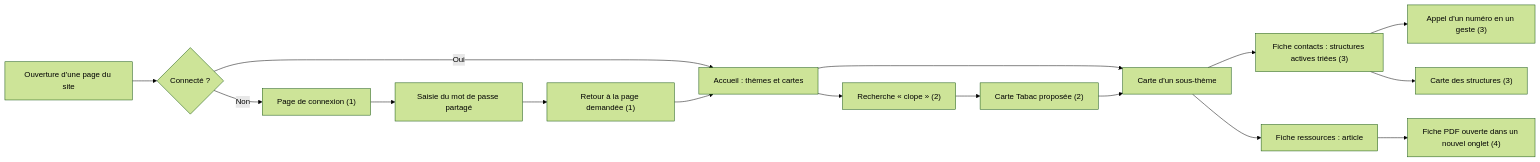
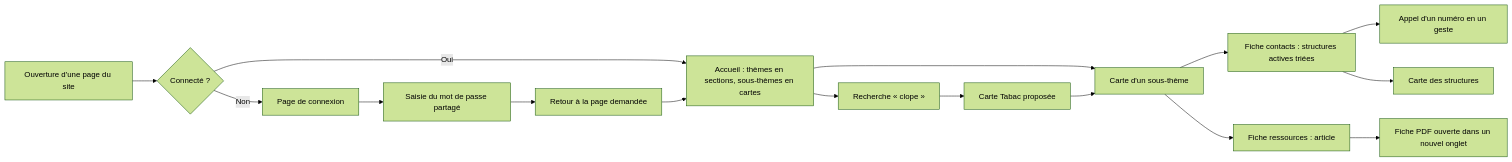
One commit to Korrighed/safe-campus-back changed the fifth of 12 diagrams in docs/cahier-des-charges-techniques.md. Above: the diagram before and after it, drawn with Mermaid (forest theme). The commit also changed other lines of this file and 42 other files, not shown here.

````diff
--- a/docs/cahier-des-charges-techniques.md
+++ b/docs/cahier-des-charges-techniques.md
@@ -358,18 +430,18 @@
 ```mermaid
 flowchart LR
   A["Ouverture d'une page du site"] --> B{"Connecté ?"}
-  B -->|Non| C["Page de connexion (1)"]
+  B -->|Non| C["Page de connexion"]
   C --> D["Saisie du mot de passe partagé"]
-  D --> E["Retour à la page demandée (1)"]
-  B -->|Oui| F["Accueil : thèmes et cartes"]
+  D --> E["Retour à la page demandée"]
+  B -->|Oui| F["Accueil : thèmes en sections, sous-thèmes en cartes"]
   E --> F
-  F --> G["Recherche « clope » (2)"]
-  G --> H["Carte Tabac proposée (2)"]
+  F --> G["Recherche « clope »"]
+  G --> H["Carte Tabac proposée"]
   F --> I["Carte d'un sous-thème"]
   H --> I
-  I --> J["Fiche contacts : structures actives triées (3)"]
+  I --> J["Fiche contacts : structures actives triées"]
   I --> K["Fiche ressources : article"]
-  J --> L["Appel d'un numéro en un geste (3)"]
-  J --> M["Carte des structures (3)"]
-  K --> N["Fiche PDF ouverte dans un nouvel onglet (4)"]
+  J --> L["Appel d'un numéro en un geste"]
+  J --> M["Carte des structures"]
+  K --> N["Fiche PDF ouverte dans un nouvel onglet"]
 ```
````
